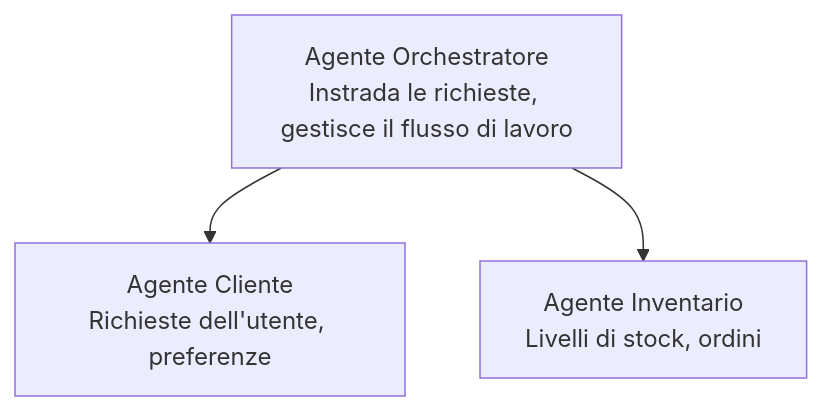
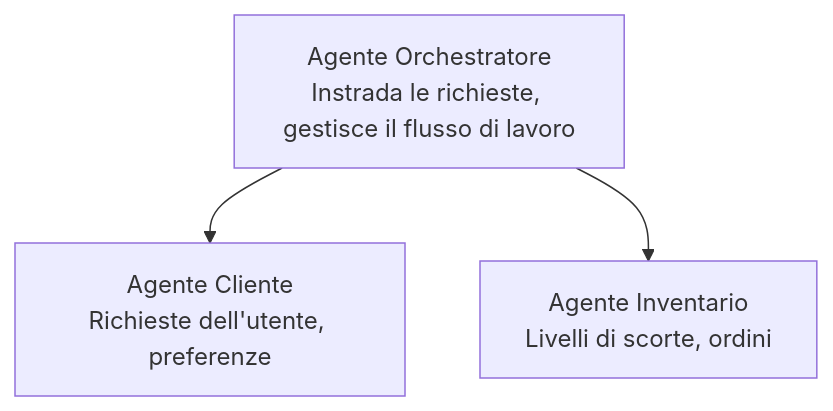
Before and after one commit to microsoft/AZD-for-beginners: the diagram in translations/it/docs/chapter-05-multi-agent/README.md, drawn with Mermaid. The commit also changed other lines of this file and 101 other files, not shown here.

````diff
--- a/translations/it/docs/chapter-05-multi-agent/README.md
+++ b/translations/it/docs/chapter-05-multi-agent/README.md
@@ -50,5 +52,5 @@
 ```mermaid
 graph TD
     Orchestrator[Agente Orchestratore<br/>Instrada le richieste, gestisce il flusso di lavoro] --> Customer[Agente Cliente<br/>Richieste dell'utente, preferenze]
-    Orchestrator --> Inventory[Agente Inventario<br/>Livelli di stock, ordini]
+    Orchestrator --> Inventory[Agente Inventario<br/>Livelli di scorte, ordini]
 ```
````
